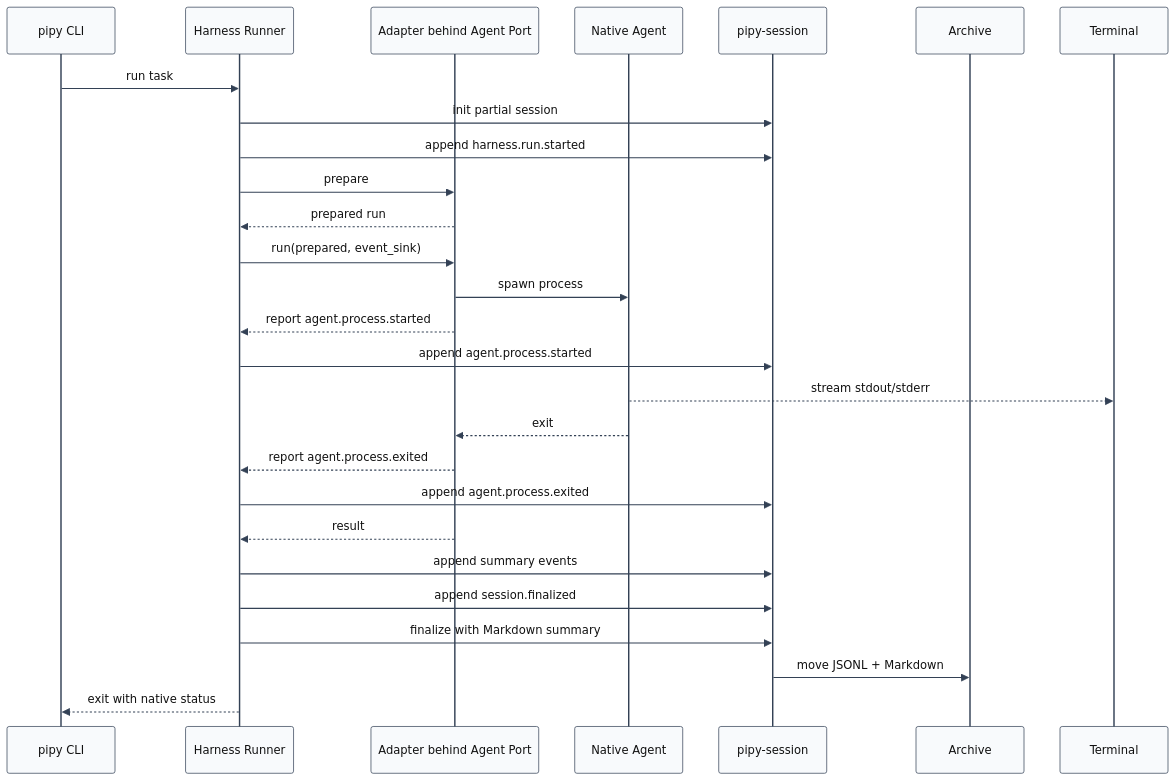
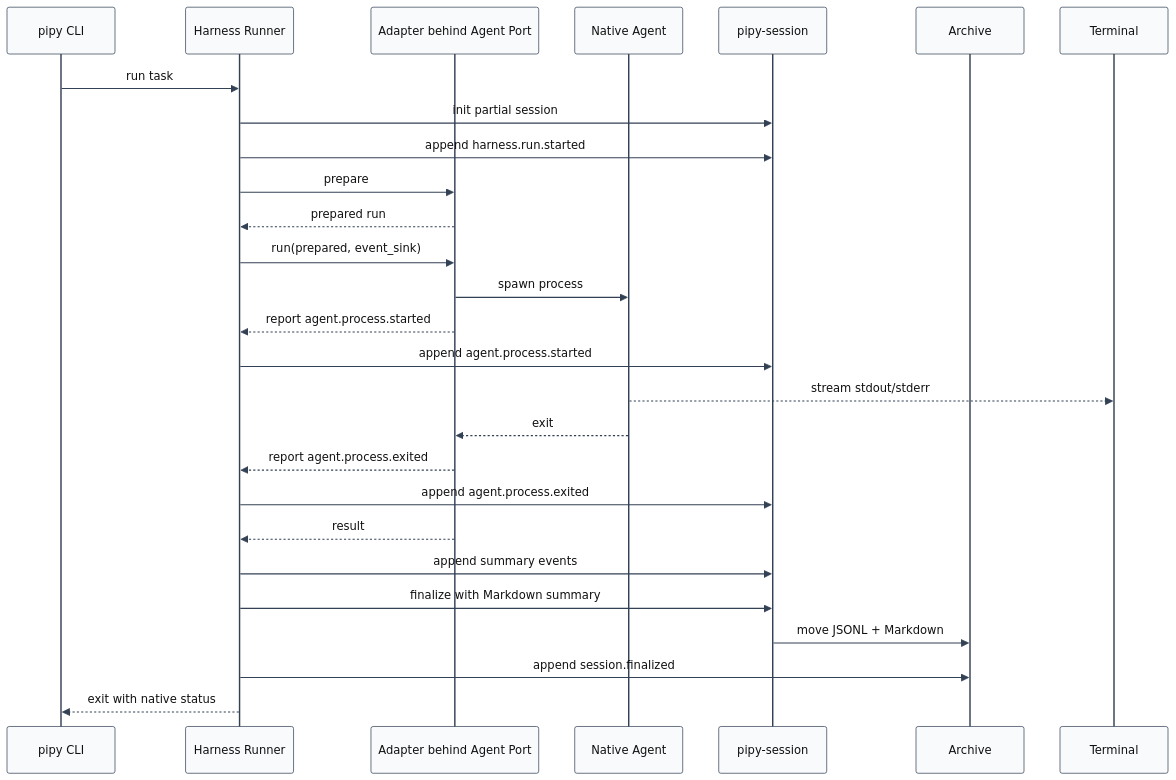
One commit to ephes/pipy changed the first of 2 diagrams in docs/harness-spec.md. Above: the diagram before and after it, drawn with Mermaid. The commit also changed other lines of this file and 25 other files, not shown here.

````diff
--- a/docs/harness-spec.md
+++ b/docs/harness-spec.md
@@ -1758,31 +1760,31 @@
 ```mermaid
 %%{init: {'theme': 'base', 'themeVariables': {'primaryColor': '#eef2ff', 'secondaryColor': '#ecfdf5', 'tertiaryColor': '#fff7ed', 'primaryTextColor': '#111111', 'secondaryTextColor': '#111111', 'tertiaryTextColor': '#111111', 'textColor': '#111111', 'lineColor': '#334155', 'primaryBorderColor': '#1d4ed8', 'edgeLabelBackground': '#ffffff', 'actorBkg': '#f8fafc', 'actorBorder': '#334155', 'actorTextColor': '#111111', 'actorLineColor': '#334155', 'signalColor': '#334155', 'signalTextColor': '#111111', 'labelBoxBkgColor': '#ffffff', 'labelTextColor': '#111111', 'activationBkgColor': '#eef2ff', 'activationBorderColor': '#1d4ed8'}}}%%
 sequenceDiagram
   participant CLI as pipy CLI
   participant Runner as Harness Runner
   participant Adapter as Adapter behind Agent Port
   participant Native as Native Agent
   participant Recorder as pipy-session
   participant Archive as Archive
   participant Terminal as Terminal
 
   CLI->>Runner: run task
   Runner->>Recorder: init partial session
   Runner->>Recorder: append harness.run.started
   Runner->>Adapter: prepare
   Adapter-->>Runner: prepared run
   Runner->>Adapter: run(prepared, event_sink)
   Adapter->>Native: spawn process
   Adapter-->>Runner: report agent.process.started
   Runner->>Recorder: append agent.process.started
   Native-->>Terminal: stream stdout/stderr
   Native-->>Adapter: exit
   Adapter-->>Runner: report agent.process.exited
   Runner->>Recorder: append agent.process.exited
   Adapter-->>Runner: result
   Runner->>Recorder: append summary events
-  Runner->>Recorder: append session.finalized
   Runner->>Recorder: finalize with Markdown summary
   Recorder->>Archive: move JSONL + Markdown
+  Runner->>Archive: append session.finalized
   Runner-->>CLI: exit with native status
 ```
````
